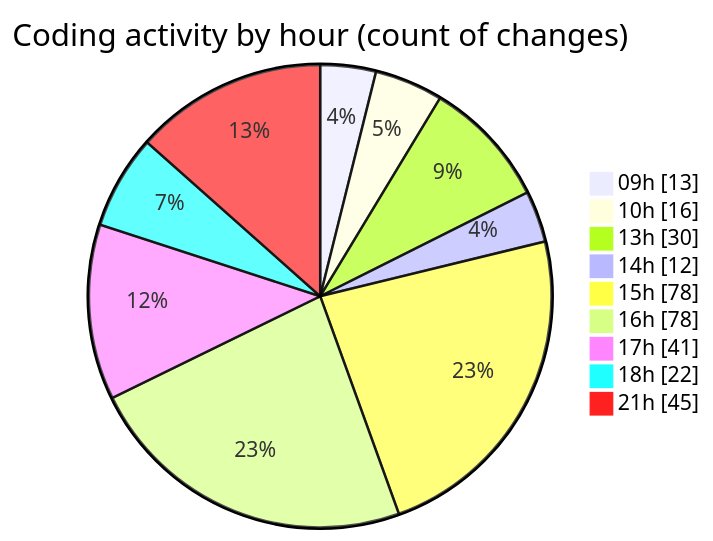
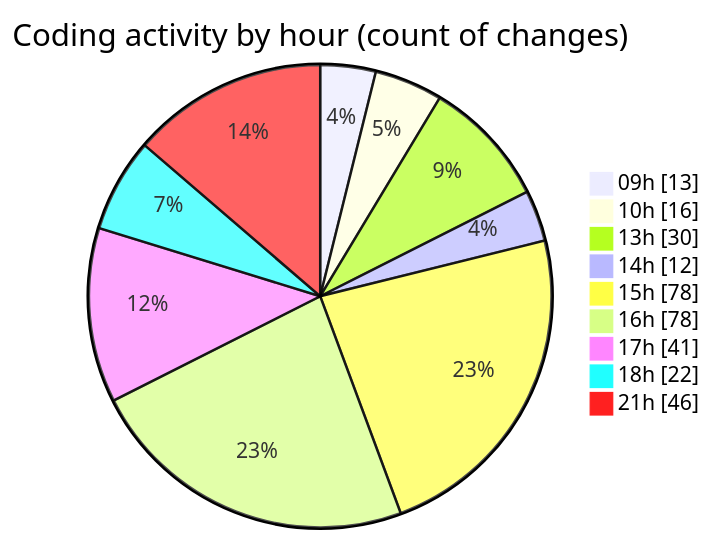
One commit to momahboobian/code-tracking changed the second of 2 diagrams in 2025-03-31/cda/README.md. Above: the diagram before and after it, drawn with Mermaid. The commit also changed other lines of this file and 1 other file, not shown here.

````diff
--- a/2025-03-31/cda/README.md
+++ b/2025-03-31/cda/README.md
@@ -50,13 +50,13 @@
 ```mermaid
 pie showData
 title Coding activity by hour (count of changes)
 "09h" : 13
 "10h" : 16
 "13h" : 30
 "14h" : 12
 "15h" : 78
 "16h" : 78
 "17h" : 41
 "18h" : 22
-"21h" : 45
+"21h" : 46
 ```
````
